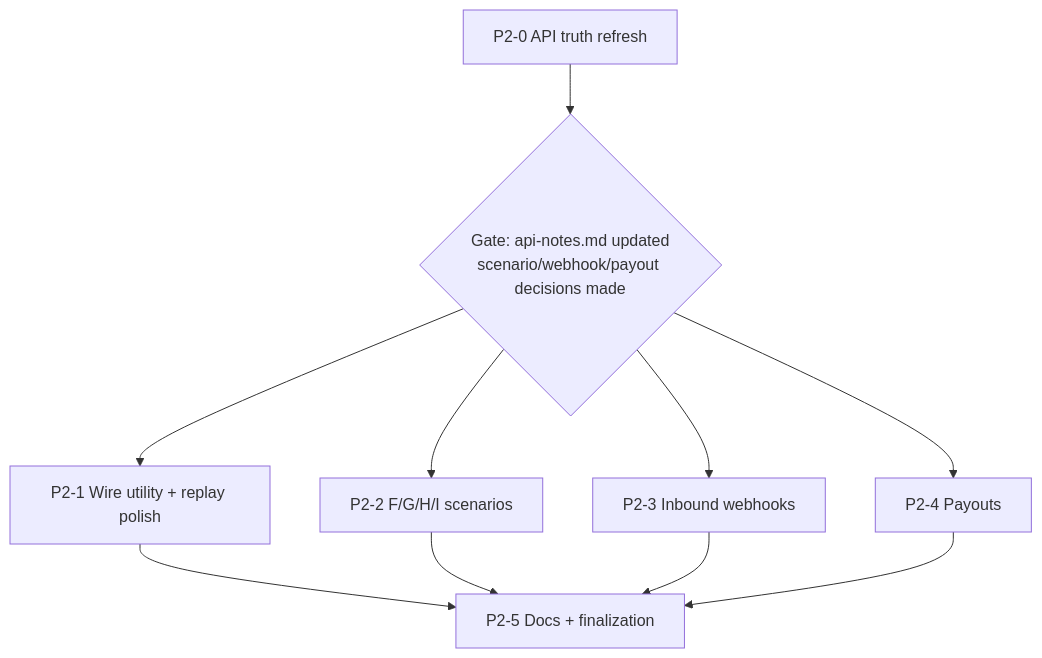
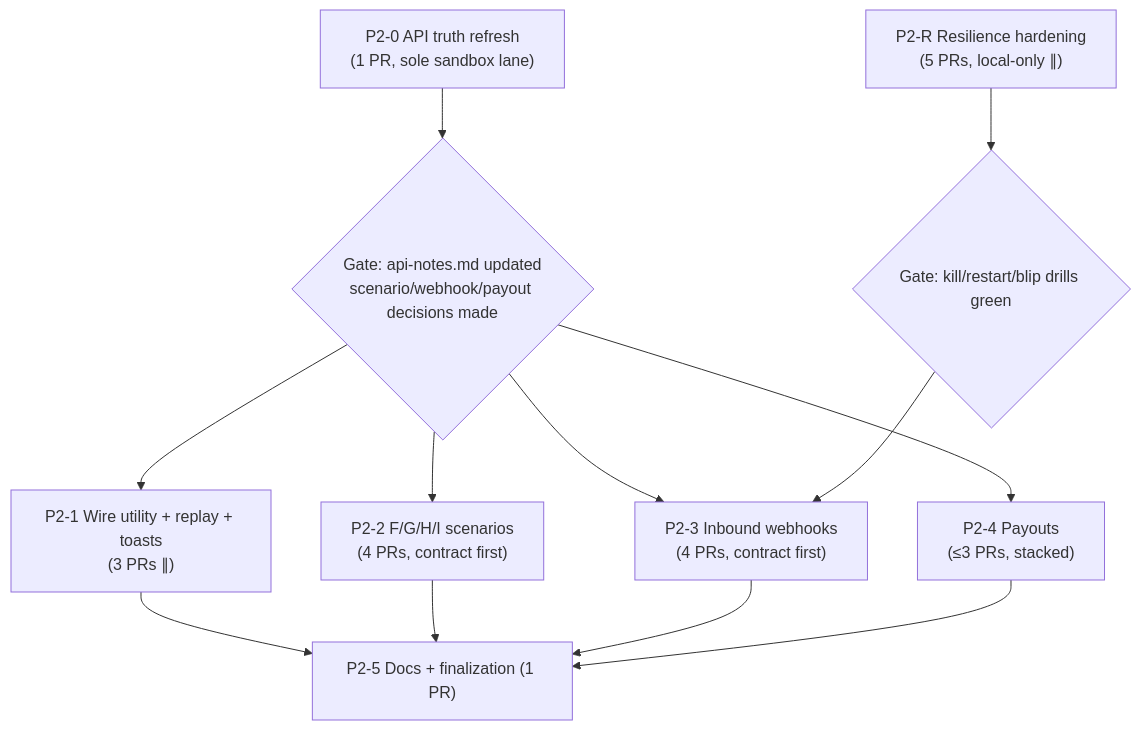
Before and after one commit to pandey-nitesh/straddle-sandbox-explorer: the second of 2 diagrams in docs/plan.md, drawn with Mermaid. The commit also changed other lines of this file, not shown here.

First line of the commit message:
Restructure P2 plan: PR-per-subtask delivery, resilience wave, parallel-agent rules

````diff
--- a/docs/plan.md
+++ b/docs/plan.md
@@ -179,20 +200,24 @@
 ```mermaid
 flowchart TD
-  P20["P2-0 API truth refresh"]
+  P20["P2-0 API truth refresh<br/>(1 PR, sole sandbox lane)"]
+  P2R["P2-R Resilience hardening<br/>(5 PRs, local-only ∥)"]
   G20{"Gate: api-notes.md updated<br/>scenario/webhook/payout decisions made"}
-  P21["P2-1 Wire utility + replay polish"]
-  P22["P2-2 F/G/H/I scenarios"]
-  P23["P2-3 Inbound webhooks"]
-  P24["P2-4 Payouts"]
-  P25["P2-5 Docs + finalization"]
+  GR{"Gate: kill/restart/blip drills green"}
+  P21["P2-1 Wire utility + replay + toasts<br/>(3 PRs ∥)"]
+  P22["P2-2 F/G/H/I scenarios<br/>(4 PRs, contract first)"]
+  P23["P2-3 Inbound webhooks<br/>(4 PRs, contract first)"]
+  P24["P2-4 Payouts<br/>(≤3 PRs, stacked)"]
+  P25["P2-5 Docs + finalization (1 PR)"]
 
   P20 --> G20
+  P2R --> GR
   G20 --> P21
   G20 --> P22
   G20 --> P23
   G20 --> P24
+  GR --> P23
   P21 --> P25
   P22 --> P25
   P23 --> P25
   P24 --> P25
 ```
````
